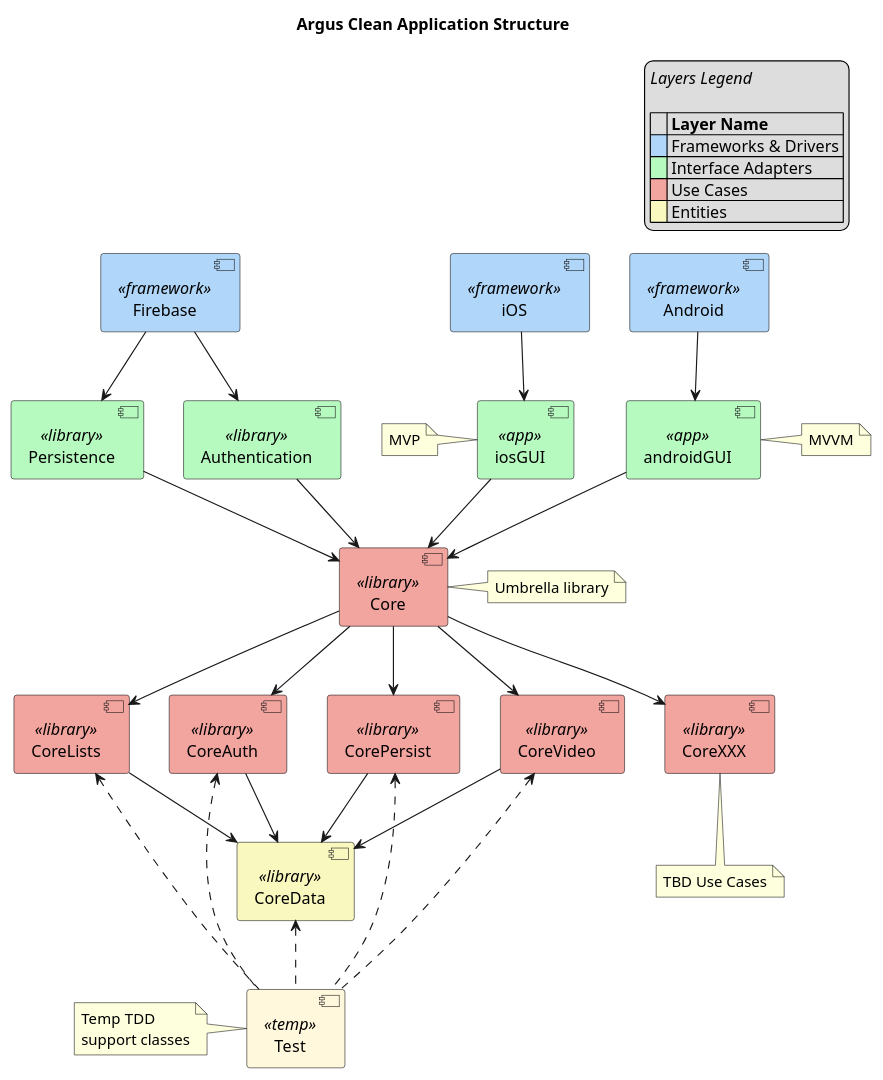
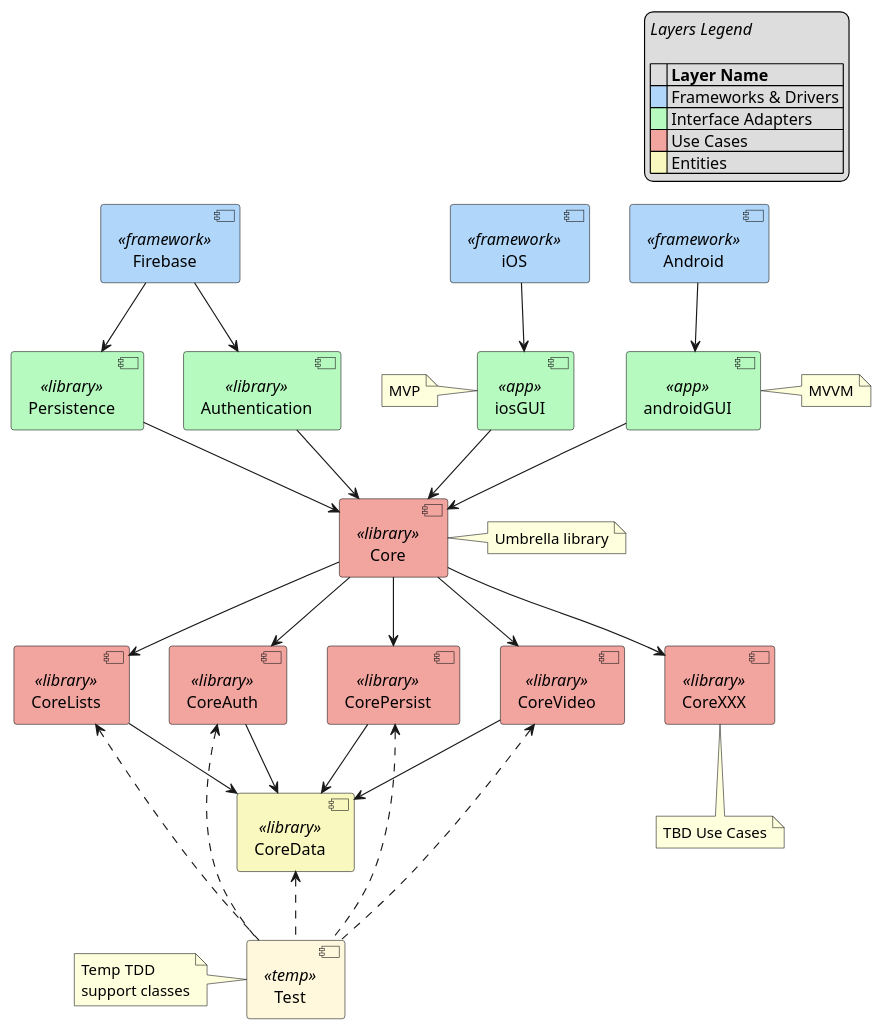
One commit to pajato/ArgusDesign changed the diagram in notes.org. Above: the diagram before and after it, drawn with PlantUML. The commit also changed 1 other file, not shown here.

Commit message:
Lose the diagram title.

```diff
--- a/notes.org
+++ b/notes.org
@@ -2,66 +2,65 @@
 #+begin_src plantuml :file structure.png
-title Argus Clean Application Structure
 
 legend top right
 <i>Layers Legend</i>
 
 | |= Layer Name |
 |<back:#B0D6F9>    </back>| Frameworks & Drivers |
 |<back:#B7FAC0>    </back>| Interface Adapters |
 |<back:#F2A49F>    </back>| Use Cases |
 |<back:#F9F8BF>    </back>| Entities |
 endlegend
 
 [iOS] <<framework>> #B0D6F9
 [Android] <<framework>> #B0D6F9
 [Firebase] <<framework>> #B0D6F9
 
 [iosGUI] <<app>> #B7FAC0
 [androidGUI] <<app>> #B7FAC0
 [Authentication] <<library>> #B7FAC0
 [Persistence] <<library>> #B7FAC0
 
 [Core] <<library>> #F2A49F
 [CoreAuth] <<library>> #F2A49F
 [CorePersist] <<library>> #F2A49F
 [CoreVideo] <<library>> #F2A49F
 [CoreLists] <<library>> #F2A49F
 [CoreXXX] <<library>> #F2A49F
 [CoreData] <<library>> #F9F8BF
 
 [Test] <<temp>> #Cornsilk
 
 [iOS] --> [iosGUI]
 [Android] --> [androidGUI]
 [Firebase] --> [Authentication]
 [Firebase] --> [Persistence]
 
 [iosGUI] --> [Core]
 [androidGUI] --> [Core]
 [Authentication] --> [Core]
 [Persistence] --> [Core]
 
 [Core] --> [CoreAuth]
 [Core] --> [CoreLists]
 [Core] --> [CorePersist]
 [Core] --> [CoreVideo]
 [Core] --> [CoreXXX]
 
 [CoreAuth] --> [CoreData]
 [CorePersist] --> [CoreData]
 [CoreVideo] --> [CoreData]
 [CoreLists] --> [CoreData]
 
 [CoreAuth] <.. [Test]
 [CorePersist] <.. [Test]
 [CoreVideo] <.. [Test]
 [CoreLists] <.. [Test]
 [CoreData] <.. [Test]
 
 note right of [Core] : Umbrella library
 note bottom of [CoreXXX] : TBD Use Cases
 note left of [Test] : Temp TDD\nsupport classes
 note left of [iosGUI] : MVP
 note right of [androidGUI] : MVVM
 
 #+end_src
```
